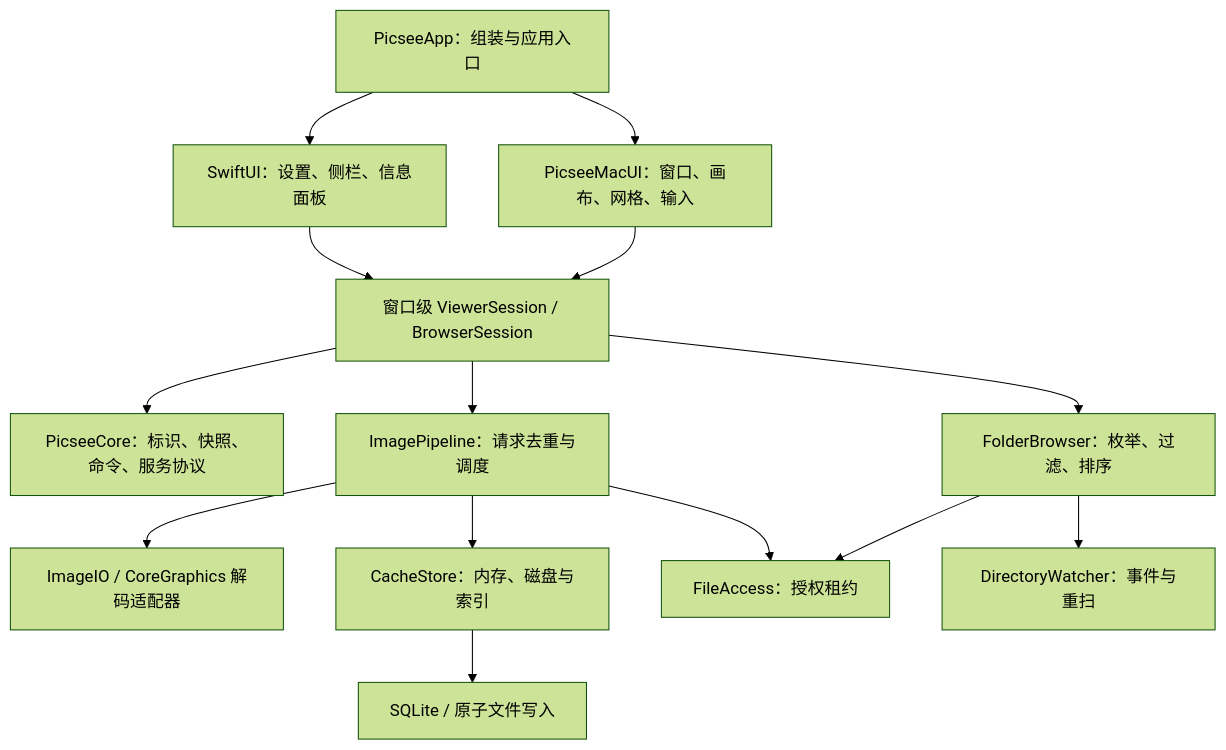
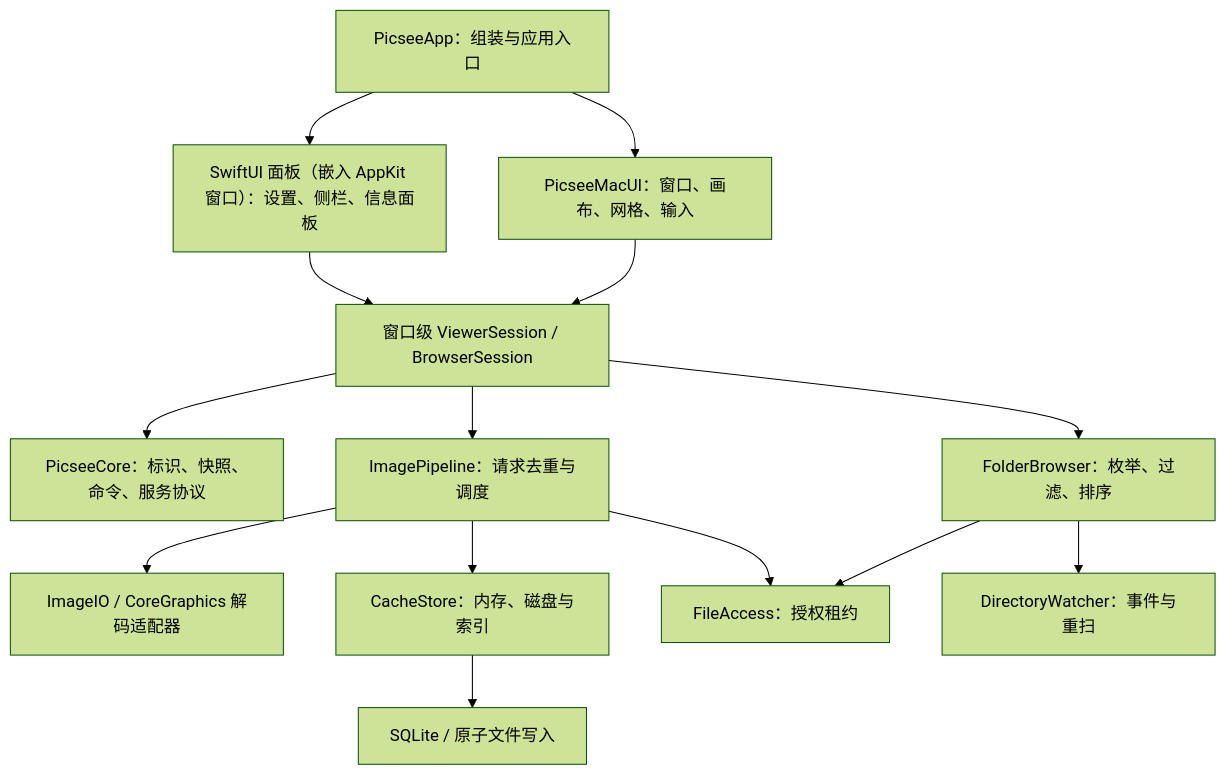
The diagram in docs/PICSEE_ARCHITECTURE.md (anzchy/picsee), drawn with Mermaid (forest theme) before and after one commit. The commit also changed other lines of this file and 5 other files, not shown here.

````diff
--- a/docs/PICSEE_ARCHITECTURE.md
+++ b/docs/PICSEE_ARCHITECTURE.md
@@ -53,16 +53,16 @@
 ```mermaid
 flowchart TD
-    App[PicseeApp：组装与应用入口] --> UI[SwiftUI：设置、侧栏、信息面板]
+    App[PicseeApp：组装与应用入口] --> UI[SwiftUI 面板（嵌入 AppKit 窗口）：设置、侧栏、信息面板]
     App --> Mac[PicseeMacUI：窗口、画布、网格、输入]
     UI --> Session[窗口级 ViewerSession / BrowserSession]
     Mac --> Session
     Session --> Core[PicseeCore：标识、快照、命令、服务协议]
     Session --> Image[ImagePipeline：请求去重与调度]
     Session --> Browser[FolderBrowser：枚举、过滤、排序]
     Image --> Decode[ImageIO / CoreGraphics 解码适配器]
     Image --> Cache[CacheStore：内存、磁盘与索引]
     Image --> Access[FileAccess：授权租约]
     Browser --> Access
     Browser --> Watch[DirectoryWatcher：事件与重扫]
     Cache --> Persistence[SQLite / 原子文件写入]
 ```
````
